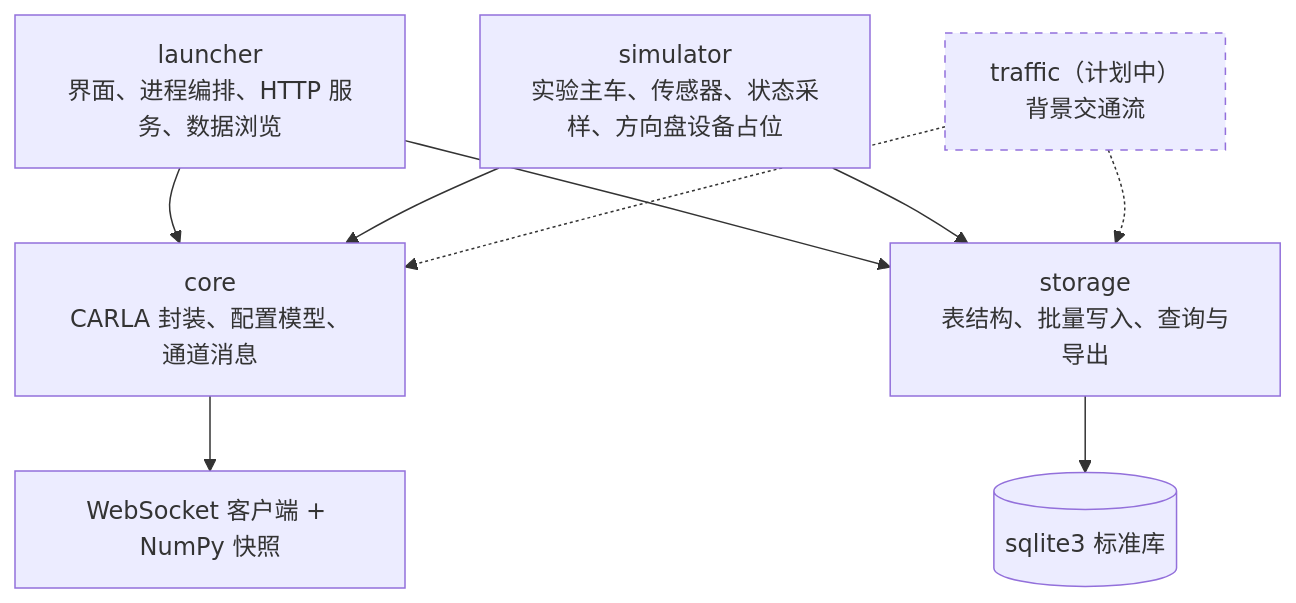
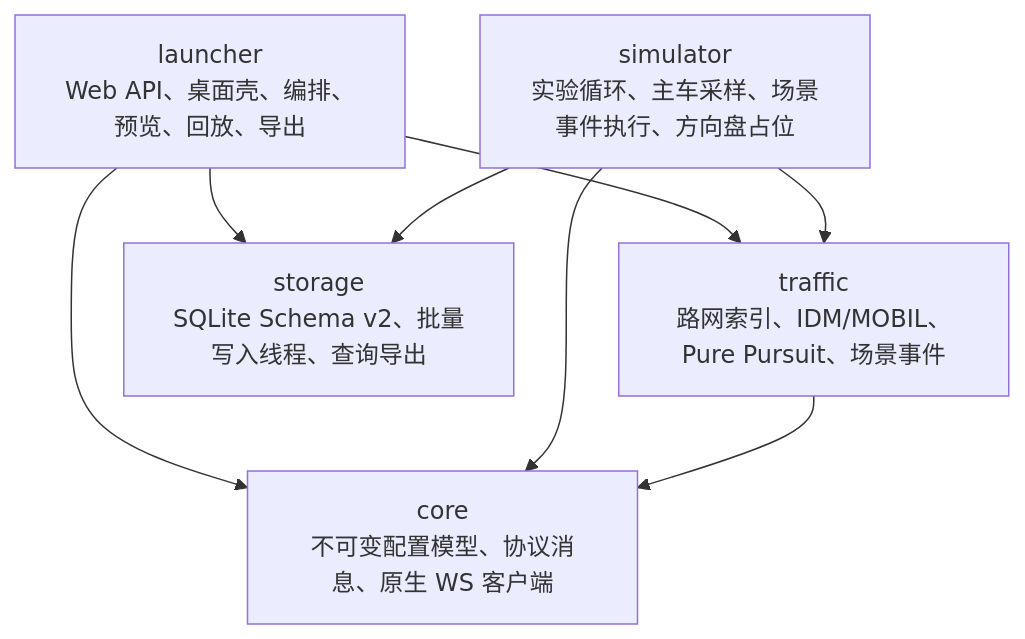
Before and after one commit to ZiyuZ/DRISCA: the second of 2 diagrams in docs/design/01-Architecture.md, drawn with Mermaid. The commit also changed other lines of this file and 52 other files, not shown here.

````diff
--- a/docs/design/01-Architecture.md
+++ b/docs/design/01-Architecture.md
@@ -74,21 +39,16 @@
 ```mermaid
 flowchart TD
-    launcher["launcher<br/>界面、进程编排、HTTP 服务、数据浏览"]
-    simulator["simulator<br/>实验主车、传感器、状态采样、方向盘设备占位"]
-    traffic["traffic（计划中）<br/>背景交通流"]
-
-    core["core<br/>CARLA 封装、配置模型、通道消息"]
-    storage["storage<br/>表结构、批量写入、查询与导出"]
+    launcher["launcher<br/>Web API、桌面壳、编排、预览、回放、导出"]
+    simulator["simulator<br/>实验循环、主车采样、场景事件执行、方向盘占位"]
+    traffic["traffic<br/>路网索引、IDM/MOBIL、Pure Pursuit、场景事件"]
+    core["core<br/>不可变配置模型、协议消息、原生 WS 客户端"]
+    storage["storage<br/>SQLite Schema v2、批量写入线程、查询导出"]
 
     launcher --> core
     launcher --> storage
+    launcher --> traffic
     simulator --> core
     simulator --> storage
-    traffic -.-> core
-    traffic -.-> storage
-
-    core --> native_api["WebSocket 客户端 + NumPy 快照"]
-    storage --> sqlite_pkg[("sqlite3 标准库")]
-
-    style traffic stroke-dasharray: 5 5
+    simulator --> traffic
+    traffic --> core
 ```
````
